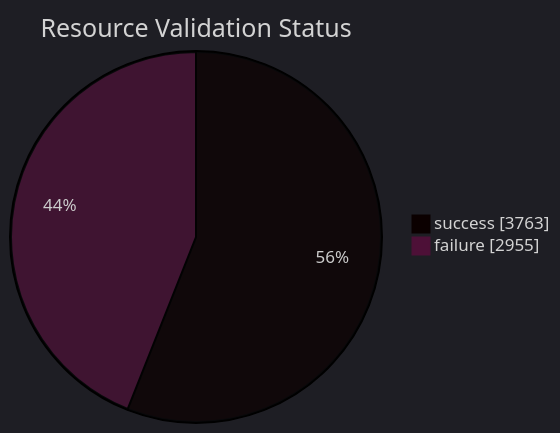
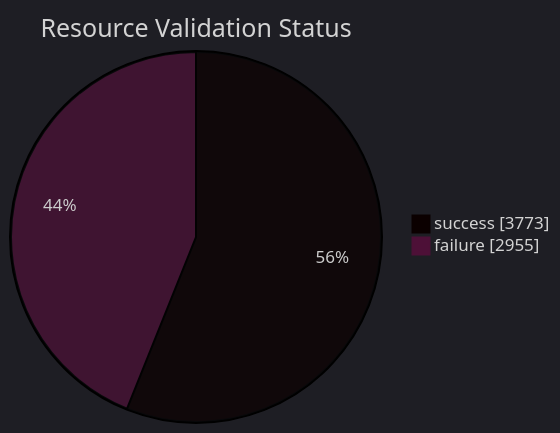
Before and after one commit to open-data/analytics-corporate-reporting: the diagram in datastore_tracker/resource_validation_status_pie_chart.md, drawn with Mermaid. The commit also changed 9 other files, not shown here.

````diff
--- a/datastore_tracker/resource_validation_status_pie_chart.md
+++ b/datastore_tracker/resource_validation_status_pie_chart.md
@@ -2,9 +2,9 @@
 ```mermaid
 ---
 config:
   theme: dark
 ---
 pie showData title Resource Validation Status
-    "success": 3763
+    "success": 3773
     "failure": 2955
 ```
````
